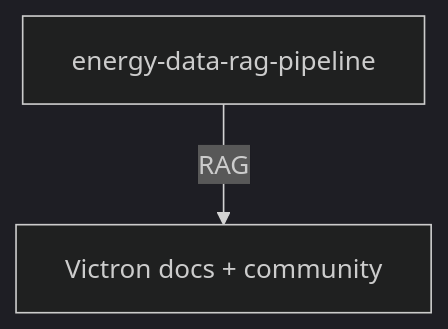
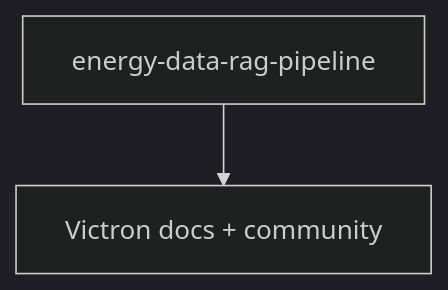
Before and after one commit to victron-venus/.github: the third of 3 diagrams in docs/architecture.md, drawn with Mermaid (dark theme). The commit also changed other lines of this file, not shown here.

First line of the commit message:
docs: split architecture into narrow vertical diagrams (#22)

````diff
--- a/docs/architecture.md
+++ b/docs/architecture.md
@@ -81,4 +93,4 @@
 ```mermaid
 flowchart TB
-    RAG["energy-data-rag-pipeline"] -->|"RAG"| DOCS["Victron docs + community"]
+    RAG["energy-data-rag-pipeline"] --> DOCS["Victron docs + community"]
 ```
````
